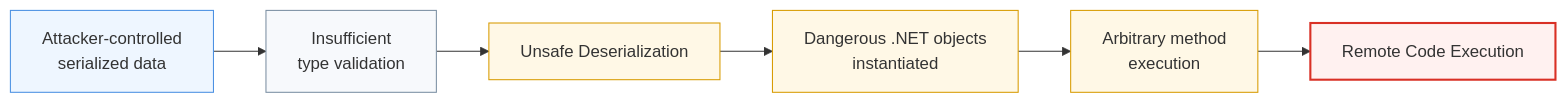
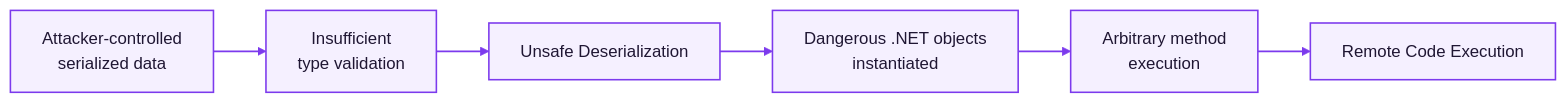
Before and after one commit to Yasserkdr1/Soc-Investigation-Writeups: the sixth of 6 diagrams in writeups/SOC342-sharepoint-toolshell-rce/README.md, drawn with Mermaid. The commit also changed other lines of this file, not shown here.

````diff
--- a/writeups/SOC342-sharepoint-toolshell-rce/README.md
+++ b/writeups/SOC342-sharepoint-toolshell-rce/README.md
@@ -350,18 +258,14 @@
 ```mermaid
 flowchart LR
     A["Attacker-controlled<br/>serialized data"]
     B["Insufficient<br/>type validation"]
     C["Unsafe Deserialization"]
     D["Dangerous .NET objects<br/>instantiated"]
     E["Arbitrary method<br/>execution"]
     F["Remote Code Execution"]
 
     A --> B --> C --> D --> E --> F
 
-    style A fill:#eef6ff,stroke:#4a90e2
-    style B fill:#f7f9fc,stroke:#7b8fa3
-    style C fill:#fff8e6,stroke:#d89b00
-    style D fill:#fff8e6,stroke:#d89b00
-    style E fill:#fff8e6,stroke:#d89b00
-    style F fill:#fff1f0,stroke:#d93025,stroke-width:2px
+    classDef default fill:#f5f0ff,stroke:#7c3aed,color:#1f1633,stroke-width:1.5px;
+    linkStyle default stroke:#7c3aed,stroke-width:1.5px;
 ```
````
